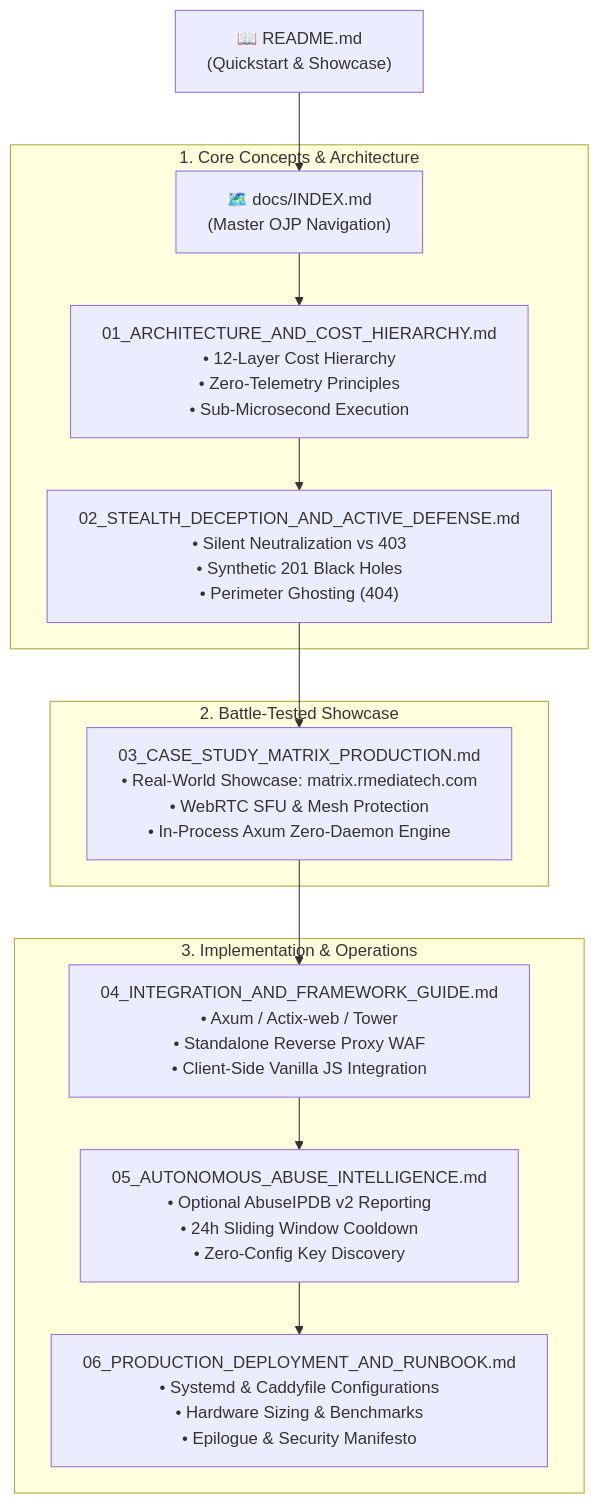
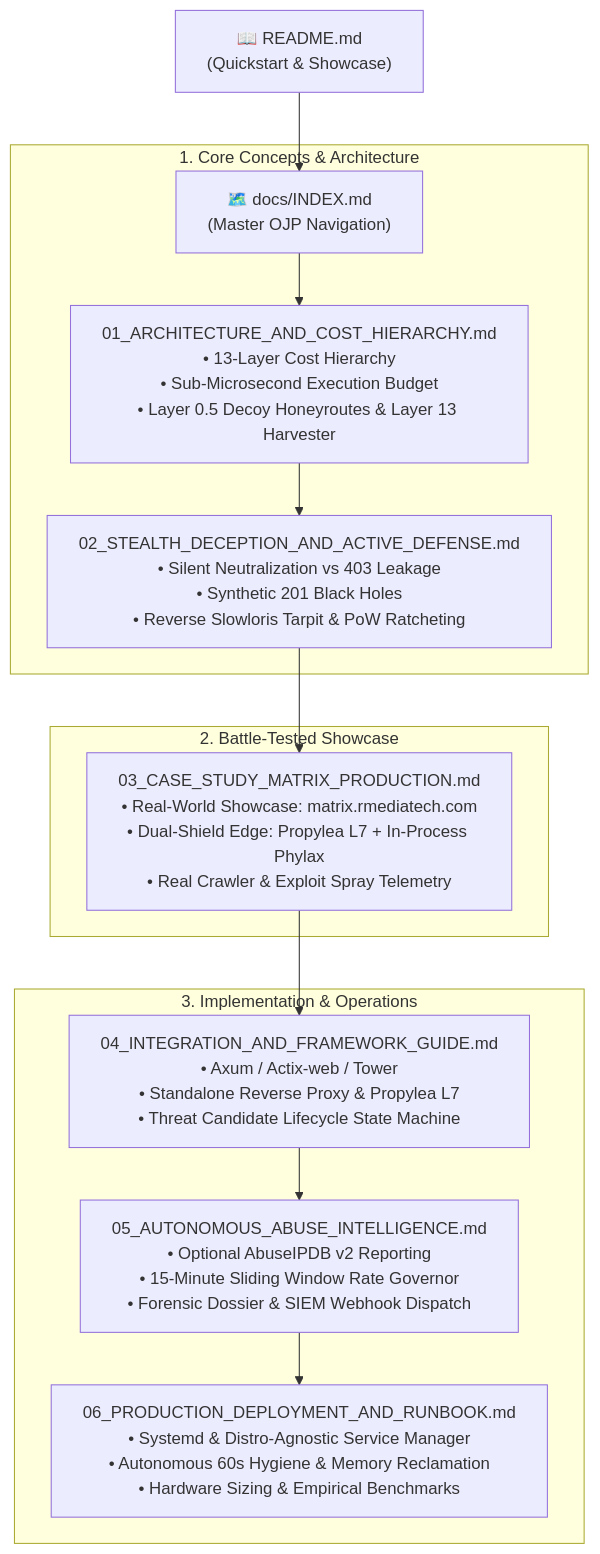
One commit to xuoxod/phylax changed the diagram in docs/INDEX.md. Above: the diagram before and after it, drawn with Mermaid. The commit also changed other lines of this file and 6 other files, not shown here.

Commit message:
docs: enrich defense architecture with non-overlapping enterprise diagrams and telemetry

````diff
--- a/docs/INDEX.md
+++ b/docs/INDEX.md
@@ -12,19 +12,19 @@
 ```mermaid
 flowchart TD
     HOME["📖 README.md<br/>(Quickstart & Showcase)"] --> INDEX["🗺️ docs/INDEX.md<br/>(Master OJP Navigation)"]
     
     subgraph CoreFoundations["1. Core Concepts & Architecture"]
-        INDEX --> ARCH["01_ARCHITECTURE_AND_COST_HIERARCHY.md<br/>• 12-Layer Cost Hierarchy<br/>• Zero-Telemetry Principles<br/>• Sub-Microsecond Execution"]
-        ARCH --> DECEPT["02_STEALTH_DECEPTION_AND_ACTIVE_DEFENSE.md<br/>• Silent Neutralization vs 403<br/>• Synthetic 201 Black Holes<br/>• Perimeter Ghosting (404)"]
+        INDEX --> ARCH["01_ARCHITECTURE_AND_COST_HIERARCHY.md<br/>• 13-Layer Cost Hierarchy<br/>• Sub-Microsecond Execution Budget<br/>• Layer 0.5 Decoy Honeyroutes & Layer 13 Harvester"]
+        ARCH --> DECEPT["02_STEALTH_DECEPTION_AND_ACTIVE_DEFENSE.md<br/>• Silent Neutralization vs 403 Leakage<br/>• Synthetic 201 Black Holes<br/>• Reverse Slowloris Tarpit & PoW Ratcheting"]
     end
 
     subgraph ProductionBattlefield["2. Battle-Tested Showcase"]
-        DECEPT --> MATRIX["03_CASE_STUDY_MATRIX_PRODUCTION.md<br/>• Real-World Showcase: matrix.rmediatech.com<br/>• WebRTC SFU & Mesh Protection<br/>• In-Process Axum Zero-Daemon Engine"]
+        DECEPT --> MATRIX["03_CASE_STUDY_MATRIX_PRODUCTION.md<br/>• Real-World Showcase: matrix.rmediatech.com<br/>• Dual-Shield Edge: Propylea L7 + In-Process Phylax<br/>• Real Crawler & Exploit Spray Telemetry"]
     end
 
     subgraph IntegrationAndOps["3. Implementation & Operations"]
-        MATRIX --> INTEGRATE["04_INTEGRATION_AND_FRAMEWORK_GUIDE.md<br/>• Axum / Actix-web / Tower<br/>• Standalone Reverse Proxy WAF<br/>• Client-Side Vanilla JS Integration"]
-        INTEGRATE --> ABUSE["05_AUTONOMOUS_ABUSE_INTELLIGENCE.md<br/>• Optional AbuseIPDB v2 Reporting<br/>• 24h Sliding Window Cooldown<br/>• Zero-Config Key Discovery"]
-        ABUSE --> RUNBOOK["06_PRODUCTION_DEPLOYMENT_AND_RUNBOOK.md<br/>• Systemd & Caddyfile Configurations<br/>• Hardware Sizing & Benchmarks<br/>• Epilogue & Security Manifesto"]
+        MATRIX --> INTEGRATE["04_INTEGRATION_AND_FRAMEWORK_GUIDE.md<br/>• Axum / Actix-web / Tower<br/>• Standalone Reverse Proxy & Propylea L7<br/>• Threat Candidate Lifecycle State Machine"]
+        INTEGRATE --> ABUSE["05_AUTONOMOUS_ABUSE_INTELLIGENCE.md<br/>• Optional AbuseIPDB v2 Reporting<br/>• 15-Minute Sliding Window Rate Governor<br/>• Forensic Dossier & SIEM Webhook Dispatch"]
+        ABUSE --> RUNBOOK["06_PRODUCTION_DEPLOYMENT_AND_RUNBOOK.md<br/>• Systemd & Distro-Agnostic Service Manager<br/>• Autonomous 60s Hygiene & Memory Reclamation<br/>• Hardware Sizing & Empirical Benchmarks"]
     end
 ```
````
